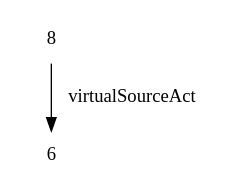
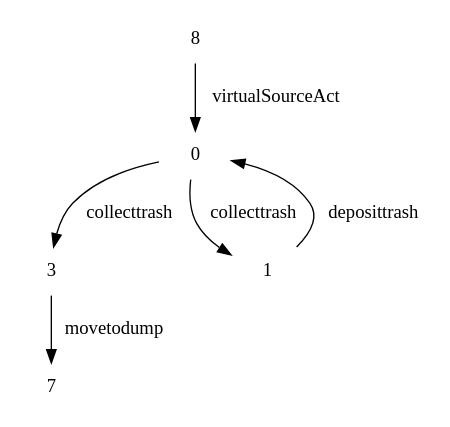
The diagram in PRP_planner-for-relevant-policies/solutionsByPRP/fond_TrashCollection.dot (Tridu33/SAVG), drawn with Graphviz before and after one commit. The commit also changed 12 other files, not shown here.

```diff
--- a/PRP_planner-for-relevant-policies/solutionsByPRP/fond_TrashCollection.dot
+++ b/PRP_planner-for-relevant-policies/solutionsByPRP/fond_TrashCollection.dot
@@ -1,5 +1,12 @@
 digraph G {
     node [shape=plaintext]
-8->6[label = "virtualSourceAct"]
+3->7[label = "movetodump"]
+
+0->1[label = "collecttrash"]
+0->3[label = "collecttrash"]
+
+8->0[label = "virtualSourceAct"]
+
+1->0[label = "deposittrash"]
 
 }
```
